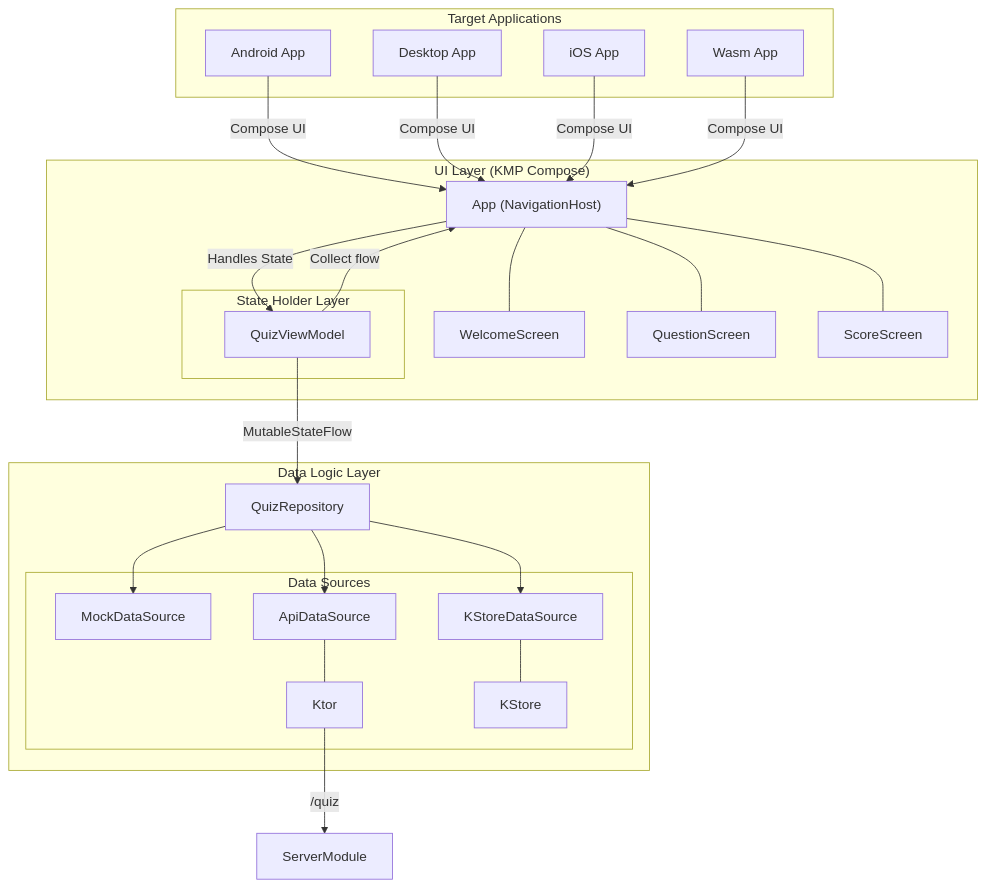
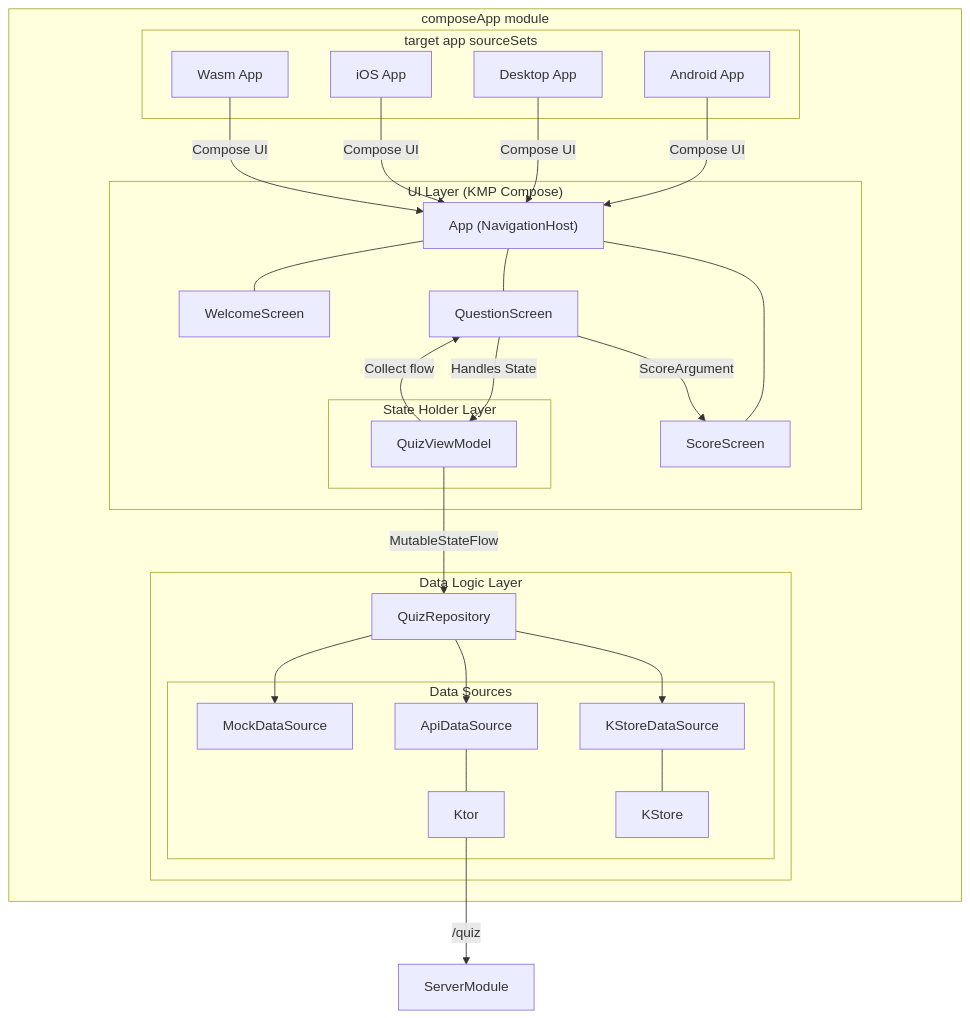
The diagram in README.md (worldline/learning-kotlin-multiplatform-src), drawn with Mermaid before and after one commit.

````diff
--- a/README.md
+++ b/README.md
@@ -1,42 +1,47 @@
 ```mermaid
-graph TD 
+graph TD
 
-subgraph "Target Applications" 
+subgraph "composeApp module" 
+
+subgraph "target app sourceSets" 
 
 A[Android App]; 
 B[Desktop App]; 
 D[iOS App]; 
 E[Wasm App]; 
 
 end
 
 A & B & D & E -- Compose UI--> F;
 
 subgraph "UI Layer (KMP Compose)"
     F --- C1[WelcomeScreen]
     F --- C2[QuestionScreen]
     F --- C3[ScoreScreen]
     F["App (NavigationHost)"]
     subgraph "State Holder Layer"
      G[QuizViewModel]
     end
 end
 
 
 subgraph "Data Logic Layer"
     H[QuizRepository]
     subgraph "Data Sources"
       I[MockDataSource]
       J[ApiDataSource]
       K[KStoreDataSource]
       J --- M[Ktor]
       K --- KStore
     end
 end
 
+end
+
+C2 -- ScoreArgument --> C3
 M -- /quiz --> ServerModule
-F -- Handles State --> G;
-G -- Collect flow --> F;
+C2 -- Handles State --> G;
+G -- Collect flow --> C2;
 G -- MutableStateFlow --> H;
 H  --> I & J & K;
 ```
````
